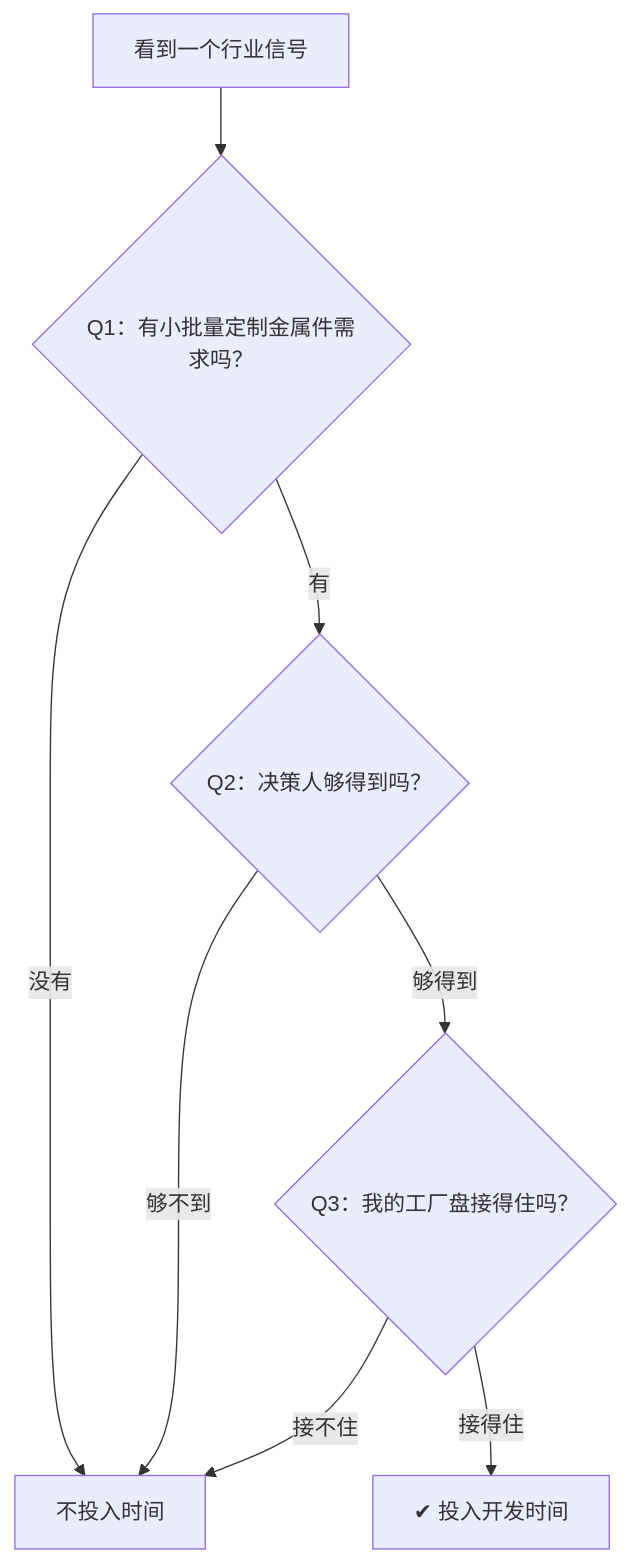
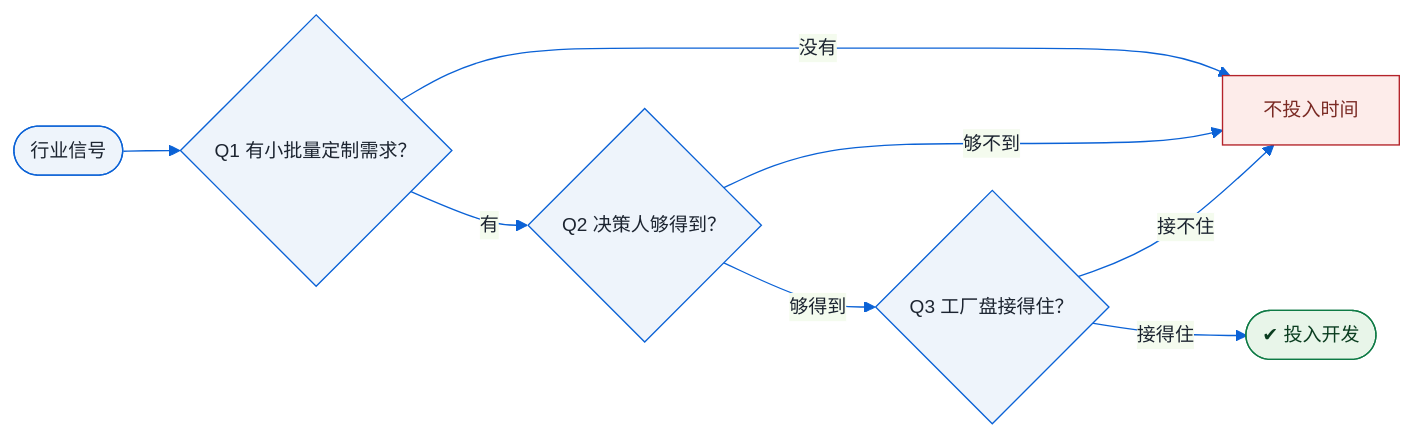
The diagram in docs/lessons/l3-01.md (kelegele/cnc-guide), drawn with Mermaid before and after one commit. The commit also changed 8 other files, not shown here.

Commit message:
style: redo all diagrams — landscape LR layout + unified editorial palette (16:9~1:1), per user feedback

````diff
--- a/docs/lessons/l3-01.md
+++ b/docs/lessons/l3-01.md
@@ -70,10 +70,14 @@
 ```mermaid
-flowchart TD
-    A["看到一个行业信号"] --> B{"Q1：有小批量定制金属件需求吗？"}
+%%{init: {"theme":"base","themeVariables":{"primaryColor":"#eef4fb","primaryTextColor":"#1c2430","primaryBorderColor":"#0b62d6","lineColor":"#0b62d6","fontSize":"14px"},"flowchart":{"curve":"basis","nodeSpacing":28,"rankSpacing":42}}}%%
+flowchart LR
+    A(["行业信号"]) --> B{"Q1 有小批量定制需求？"}
     B -->|"没有"| X["不投入时间"]
-    B -->|"有"| C{"Q2：决策人够得到吗？"}
+    B -->|"有"| C{"Q2 决策人够得到？"}
     C -->|"够不到"| X
-    C -->|"够得到"| D{"Q3：我的工厂盘接得住吗？"}
+    C -->|"够得到"| D{"Q3 工厂盘接得住？"}
     D -->|"接不住"| X
-    D -->|"接得住"| Y["✔ 投入开发时间"]
+    D -->|"接得住"| Y(["✔ 投入开发"])
+    style X fill:#fdecea,stroke:#b4232a,color:#7a2a24
+    style Y fill:#e8f5e9,stroke:#0e7a45,color:#0b3d20
+
 ```
````
